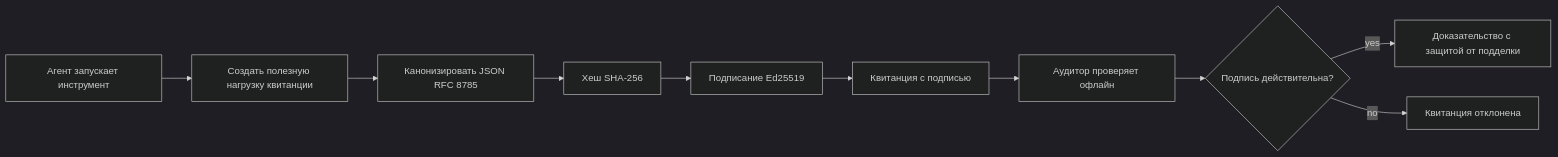
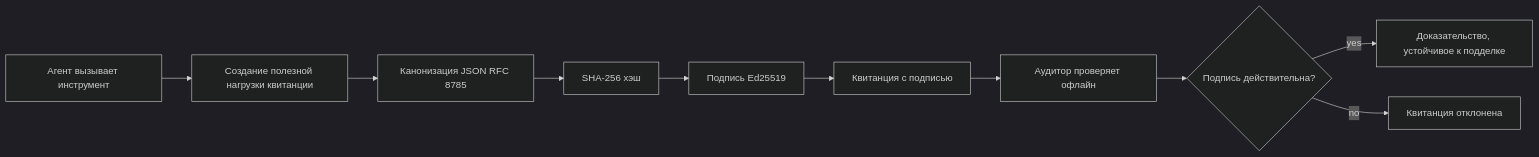
One commit to gabrielmoreira/agent-skills-mirror changed the first of 2 diagrams in mirrors/repos/microsoft@ai-agents-for-beginners/translations/ru/18-securing-ai-agents/README.md. Above: the diagram before and after it, drawn with Mermaid (dark theme). The commit also changed other lines of this file and 4482 other files, not shown here.

````diff
--- a/mirrors/repos/microsoft@ai-agents-for-beginners/translations/ru/18-securing-ai-agents/README.md
+++ b/mirrors/repos/microsoft@ai-agents-for-beginners/translations/ru/18-securing-ai-agents/README.md
@@ -51,12 +51,12 @@
 ```mermaid
 flowchart LR
-    A[Агент запускает инструмент] --> B[Создать полезную нагрузку квитанции]
-    B --> C[Канонизировать JSON RFC 8785]
-    C --> D[Хеш SHA-256]
-    D --> E[Подписание Ed25519]
+    A[Агент вызывает инструмент] --> B[Создание полезной нагрузки квитанции]
+    B --> C[Канонизация JSON RFC 8785]
+    C --> D[SHA-256 хэш]
+    D --> E[Подпись Ed25519]
     E --> F[Квитанция с подписью]
     F --> G[Аудитор проверяет офлайн]
     G --> H{Подпись действительна?}
-    H -- yes --> I[Доказательство с защитой от подделки]
+    H -- yes --> I[Доказательство, устойчивое к подделке]
     H -- no --> J[Квитанция отклонена]
 ```
````
